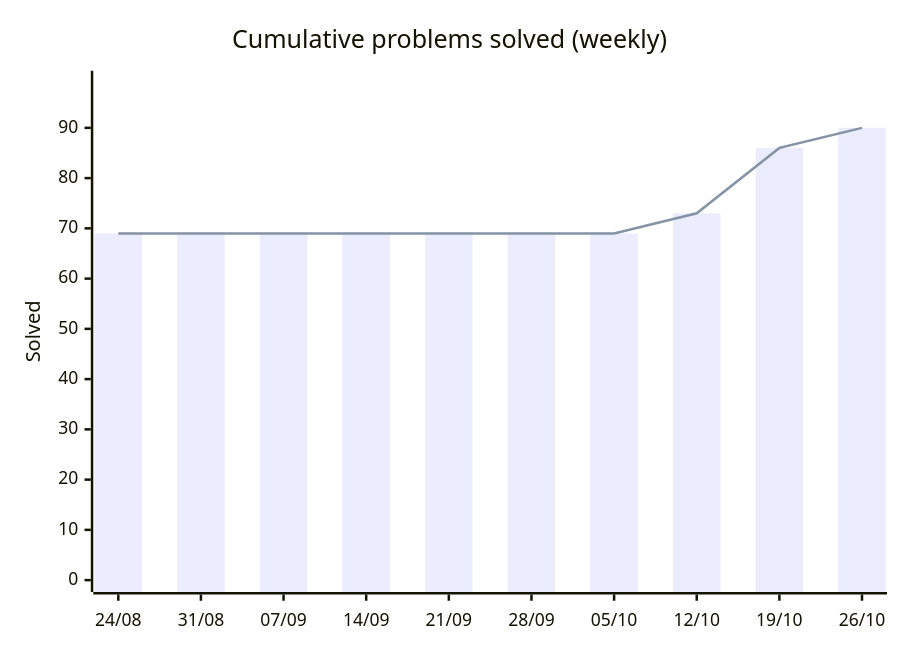
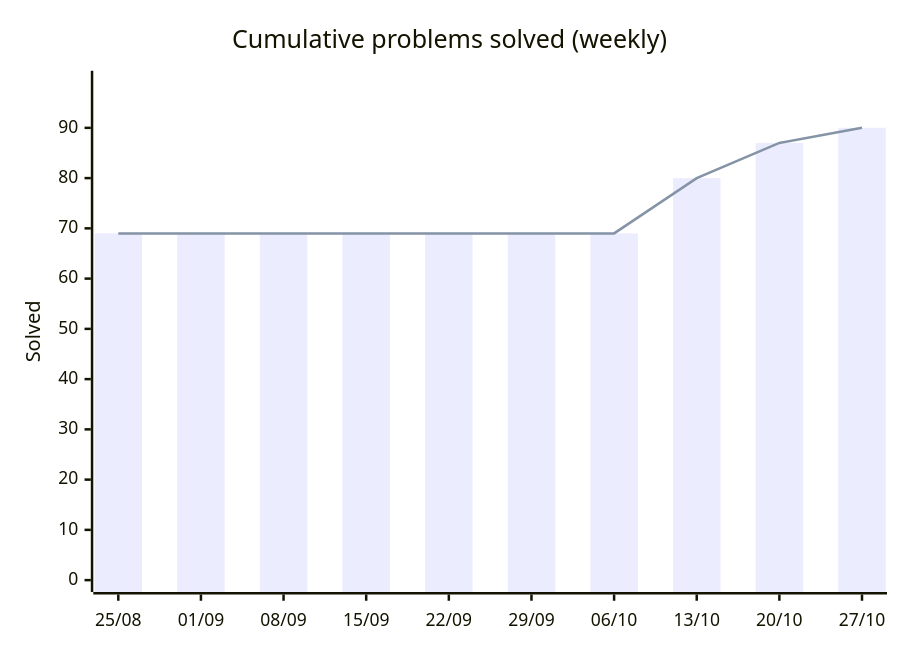
The first of 2 diagrams in README.md (HarryTrn/TensorTonic-Solutions), drawn with Mermaid before and after one commit. The commit also changed other lines of this file, not shown here.

Commit message:
docs: auto-update README [skip ci]

````diff
--- a/README.md
+++ b/README.md
@@ -65,8 +65,8 @@
 ```mermaid
 xychart-beta
     title "Cumulative problems solved (weekly)"
-    x-axis ["24/08", "31/08", "07/09", "14/09", "21/09", "28/09", "05/10", "12/10", "19/10", "26/10"]
+    x-axis ["25/08", "01/09", "08/09", "15/09", "22/09", "29/09", "06/10", "13/10", "20/10", "27/10"]
     y-axis "Solved" 0 --> 99
-    bar [69, 69, 69, 69, 69, 69, 69, 73, 86, 90]
-    line [69, 69, 69, 69, 69, 69, 69, 73, 86, 90]
+    bar [69, 69, 69, 69, 69, 69, 69, 80, 87, 90]
+    line [69, 69, 69, 69, 69, 69, 69, 80, 87, 90]
 ```
````
